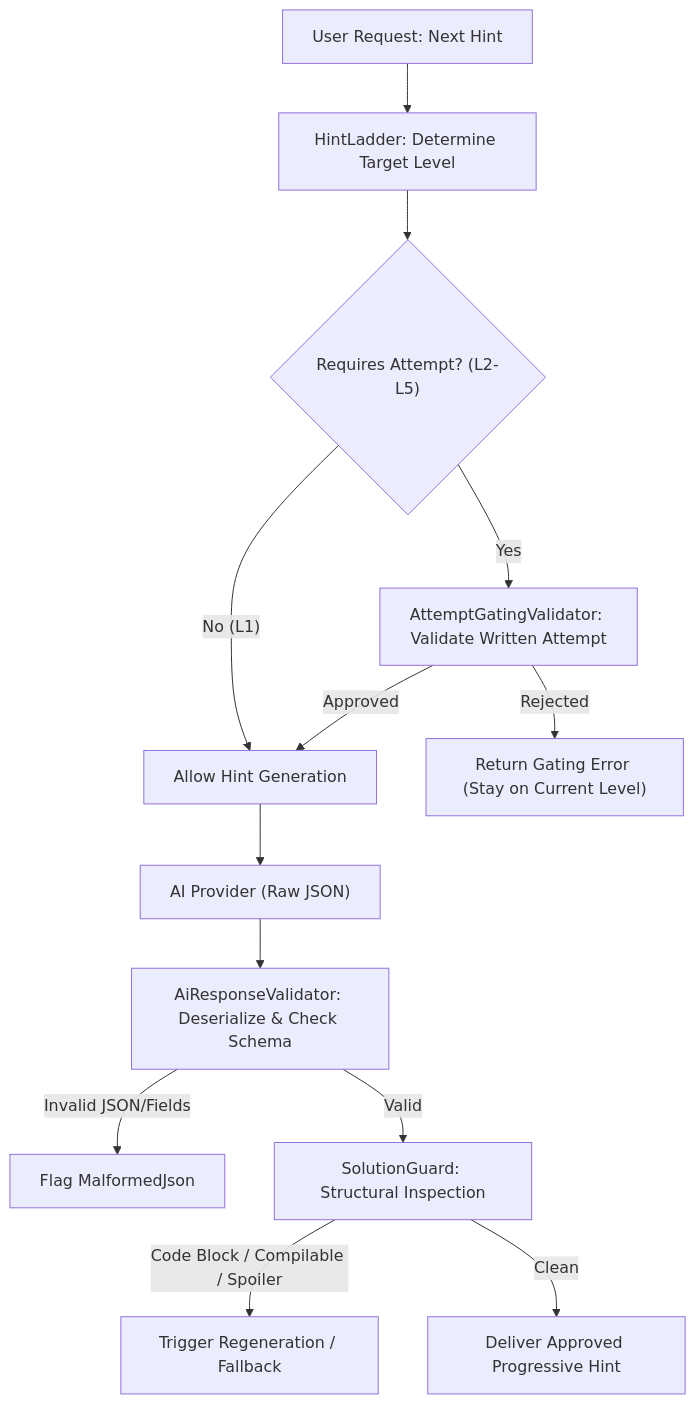
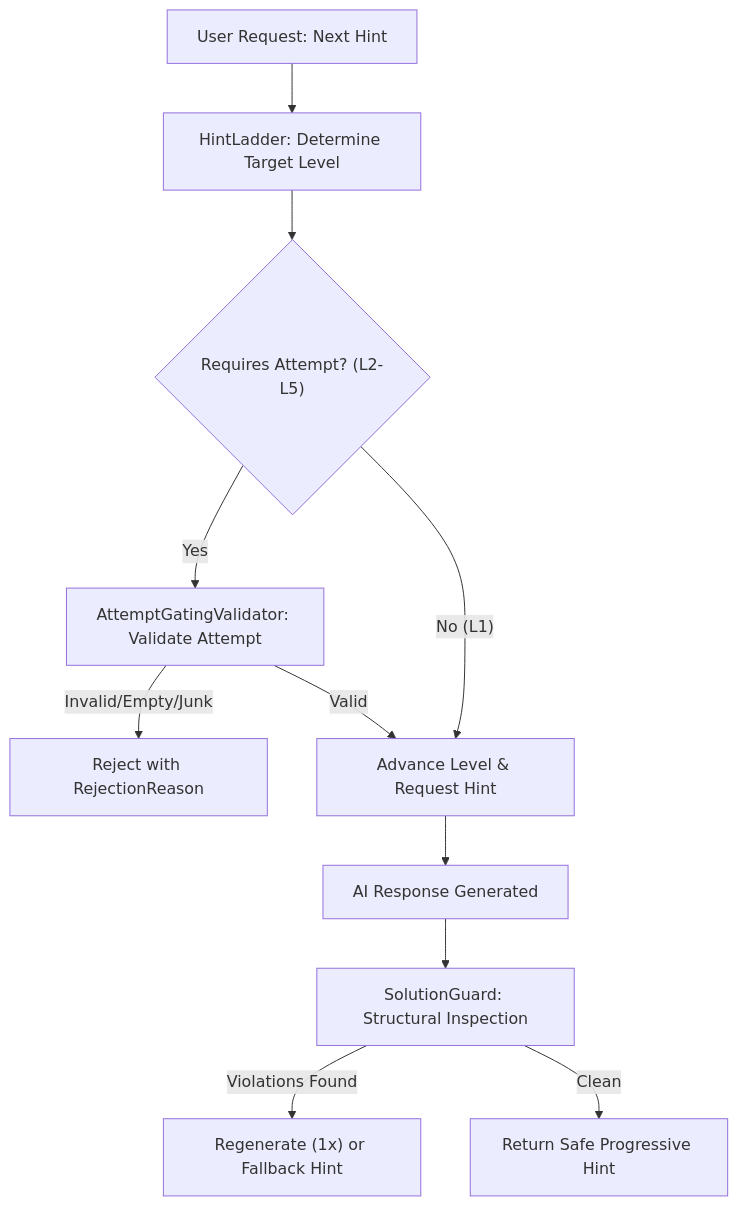
One commit to Ariram06/CodeXO changed the second of 5 diagrams in docs/LEARNING-LOG.md. Above: the diagram before and after it, drawn with Mermaid. The commit also changed other lines of this file and 2 other files, not shown here.

````diff
--- a/docs/LEARNING-LOG.md
+++ b/docs/LEARNING-LOG.md
@@ -97,15 +97,13 @@
 ```mermaid
 graph TD
     A["User Request: Next Hint"] --> B["HintLadder: Determine Target Level"]
     B --> C{"Requires Attempt? (L2-L5)"}
-    C -->|"No (L1)"| D["Allow Hint Generation"]
-    C -->|"Yes"| E["AttemptGatingValidator: Validate Written Attempt"]
-    E -->|"Rejected"| F["Return Gating Error (Stay on Current Level)"]
-    E -->|"Approved"| D
-    D --> G["AI Provider (Raw JSON)"]
-    G --> H["AiResponseValidator: Deserialize & Check Schema"]
-    H -->|"Invalid JSON/Fields"| I["Flag MalformedJson"]
-    H -->|"Valid"| J["SolutionGuard: Structural Inspection"]
-    J -->|"Code Block / Compilable / Spoiler"| K["Trigger Regeneration / Fallback"]
-    J -->|"Clean"| L["Deliver Approved Progressive Hint"]
+    C -->|"Yes"| D["AttemptGatingValidator: Validate Attempt"]
+    D -->|"Invalid/Empty/Junk"| E["Reject with RejectionReason"]
+    D -->|"Valid"| F["Advance Level & Request Hint"]
+    C -->|"No (L1)"| F
+    F --> G["AI Response Generated"]
+    G --> H["SolutionGuard: Structural Inspection"]
+    H -->|"Violations Found"| I["Regenerate (1x) or Fallback Hint"]
+    H -->|"Clean"| J["Return Safe Progressive Hint"]
 ```
````
